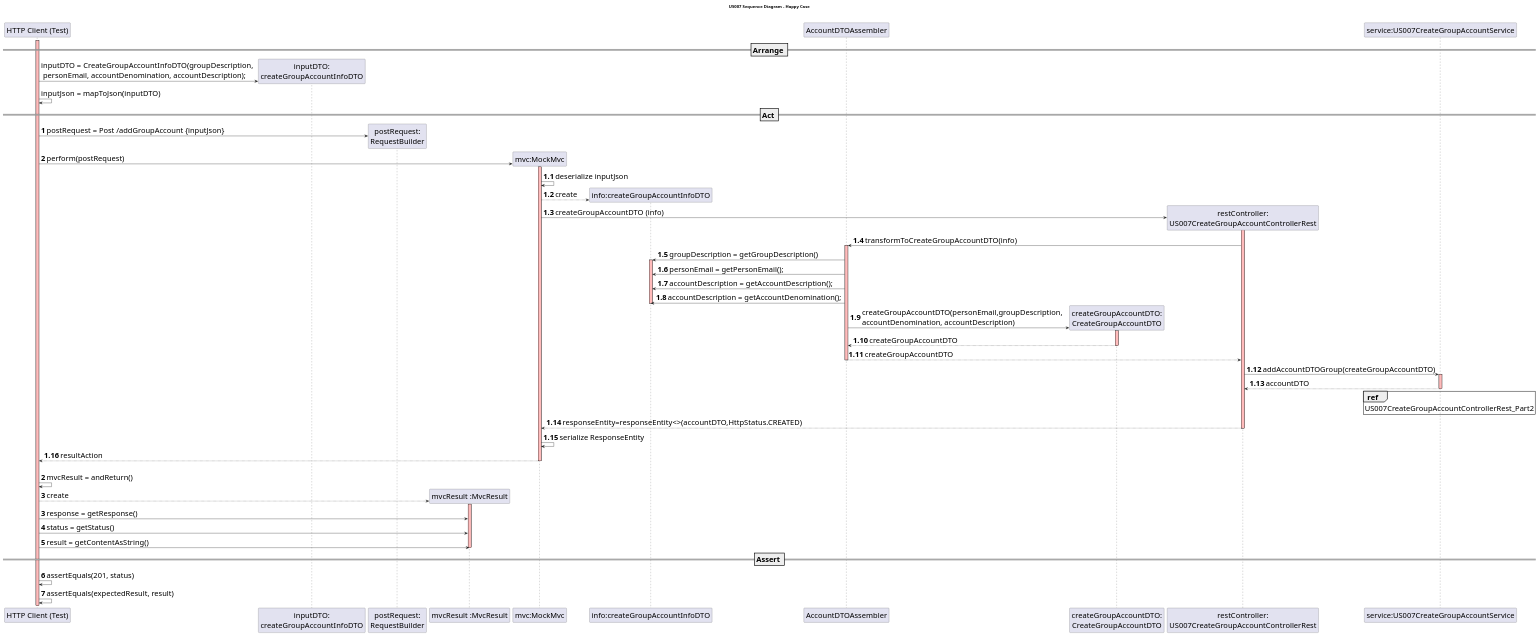
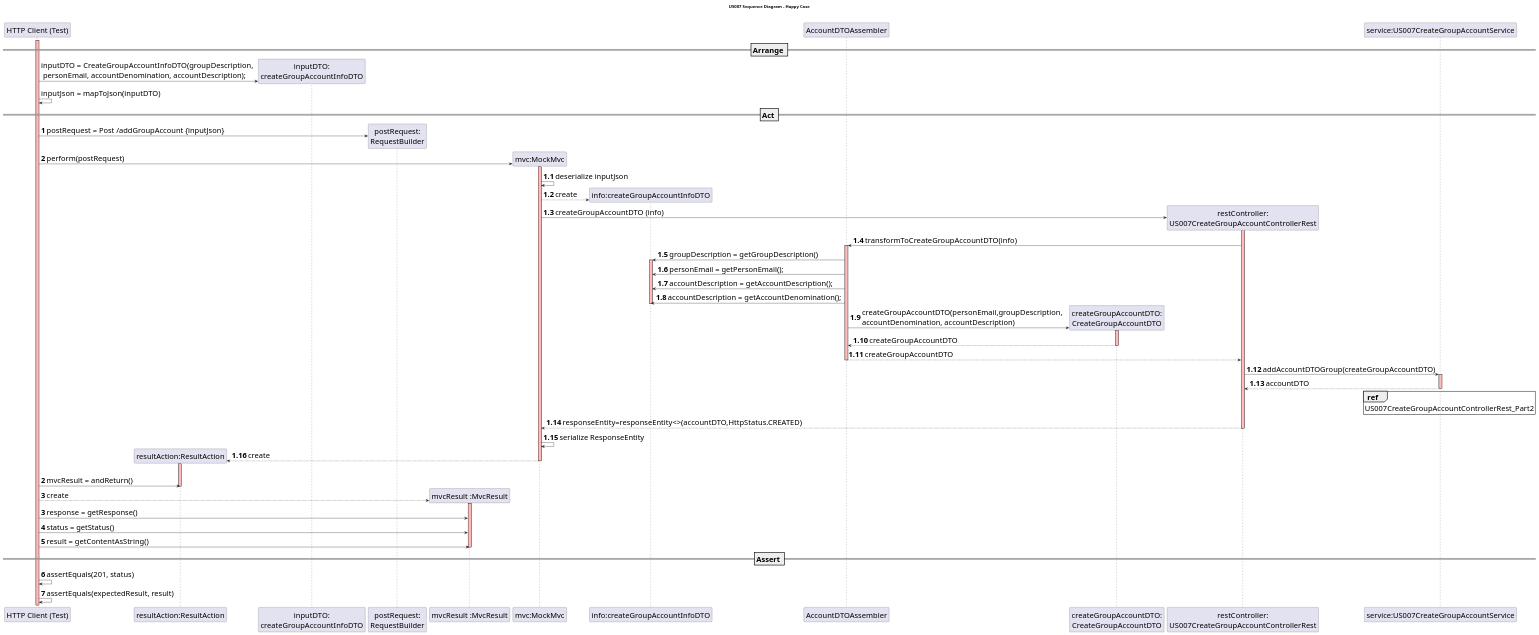
The diagram in src/main/java/switch2019/project/controllerLayer/controllersRest/US007CreateGroupAccountControllerRest_Part1.puml (mleitaoribeiro/DevOpsMaven), drawn with PlantUML before and after one commit.

Commit message:
ref #843 small change in SD 007

```diff
--- a/src/main/java/switch2019/project/controllerLayer/controllersRest/US007CreateGroupAccountControllerRest_Part1.puml
+++ b/src/main/java/switch2019/project/controllerLayer/controllersRest/US007CreateGroupAccountControllerRest_Part1.puml
@@ -1,97 +1,99 @@
 @startuml
 skinparam DefaultFontSize 25
 title US007 Sequence Diagram - Happy Case
 
 participant "HTTP Client (Test)"
+participant "resultAction:ResultAction"
 participant "inputDTO:\ncreateGroupAccountInfoDTO"
 participant "postRequest:\nRequestBuilder"
 participant "mvcResult :MvcResult"
 participant "mvc:MockMvc"
 participant "info:createGroupAccountInfoDTO"
 participant "AccountDTOAssembler"
 participant "createGroupAccountDTO:\nCreateGroupAccountDTO"
 participant "restController:\nUS007CreateGroupAccountControllerRest"
 
 == Arrange ==
 create "inputDTO:\ncreateGroupAccountInfoDTO"
 activate "HTTP Client (Test)" #FFBBBB
 "HTTP Client (Test)" -> "inputDTO:\ncreateGroupAccountInfoDTO": inputDTO = CreateGroupAccountInfoDTO(groupDescription,\n personEmail, accountDenomination, accountDescription);
 "HTTP Client (Test)" -> "HTTP Client (Test)": inputJson = mapToJson(inputDTO)
 
 == Act ==
 autonumber
 create "postRequest:\nRequestBuilder"
 "HTTP Client (Test)" -> "postRequest:\nRequestBuilder" : postRequest = Post /addGroupAccount {inputJson}
 create "mvc:MockMvc"
 "HTTP Client (Test)" -> "mvc:MockMvc" : perform(postRequest)
 activate "mvc:MockMvc"  #FFBBBB
 
 autonumber 1.1
 "mvc:MockMvc" -> "mvc:MockMvc" : deserialize inputJson
 create "info:createGroupAccountInfoDTO"
 "mvc:MockMvc"-->"info:createGroupAccountInfoDTO" :create
 
 create "restController:\nUS007CreateGroupAccountControllerRest"
 "mvc:MockMvc"-> "restController:\nUS007CreateGroupAccountControllerRest": createGroupAccountDTO (info)
 activate "restController:\nUS007CreateGroupAccountControllerRest" #FFBBBB
 
 "restController:\nUS007CreateGroupAccountControllerRest"-> "AccountDTOAssembler":transformToCreateGroupAccountDTO(info)
 activate "AccountDTOAssembler" #FFBBBB
 
 "AccountDTOAssembler" -> "info:createGroupAccountInfoDTO" : groupDescription = getGroupDescription()
 activate "info:createGroupAccountInfoDTO" #FFBBBB
 "AccountDTOAssembler" -> "info:createGroupAccountInfoDTO" : personEmail = getPersonEmail();
 "AccountDTOAssembler" -> "info:createGroupAccountInfoDTO" : accountDescription = getAccountDescription();
 "AccountDTOAssembler" -> "info:createGroupAccountInfoDTO" : accountDescription = getAccountDenomination();
 deactivate "info:createGroupAccountInfoDTO"
 
 create "createGroupAccountDTO:\nCreateGroupAccountDTO"
 "AccountDTOAssembler" -> "createGroupAccountDTO:\nCreateGroupAccountDTO" : createGroupAccountDTO(personEmail,groupDescription, \naccountDenomination, accountDescription)
 activate "createGroupAccountDTO:\nCreateGroupAccountDTO" #FFBBBB
 "createGroupAccountDTO:\nCreateGroupAccountDTO" --> "AccountDTOAssembler": createGroupAccountDTO
 deactivate "createGroupAccountDTO:\nCreateGroupAccountDTO"
 
 "AccountDTOAssembler" --> "restController:\nUS007CreateGroupAccountControllerRest" : createGroupAccountDTO
 deactivate "AccountDTOAssembler"
 
 "restController:\nUS007CreateGroupAccountControllerRest"->"service:US007CreateGroupAccountService": addAccountDTOGroup(createGroupAccountDTO)
 activate "service:US007CreateGroupAccountService" #FFBBBB
 
 "service:US007CreateGroupAccountService" --> "restController:\nUS007CreateGroupAccountControllerRest" : accountDTO
 deactivate "service:US007CreateGroupAccountService" #FFBBBB
 
 ref over "service:US007CreateGroupAccountService": US007CreateGroupAccountControllerRest_Part2
 
 "restController:\nUS007CreateGroupAccountControllerRest"--> "mvc:MockMvc":responseEntity=responseEntity<>(accountDTO,HttpStatus.CREATED)
 deactivate "restController:\nUS007CreateGroupAccountControllerRest"
 
 "mvc:MockMvc" -> "mvc:MockMvc" : serialize ResponseEntity
-
-"HTTP Client (Test)" <-- "mvc:MockMvc" : resultAction
+create "resultAction:ResultAction"
+"resultAction:ResultAction" <-- "mvc:MockMvc" : create
+activate "resultAction:ResultAction" #FFBBBB
 deactivate "mvc:MockMvc"
 
 autonumber 2
 |||
-"HTTP Client (Test)" -> "HTTP Client (Test)" : mvcResult = andReturn()
-
+"HTTP Client (Test)" -> "resultAction:ResultAction" : mvcResult = andReturn()
+deactivate "resultAction:ResultAction"
 create "mvcResult :MvcResult"
 
 "HTTP Client (Test)" --> "mvcResult :MvcResult": create
 activate "mvcResult :MvcResult" #FFBBBB
 
 autonumber 3
 "HTTP Client (Test)" -> "mvcResult :MvcResult" : response = getResponse()
 
 autonumber 4
 "HTTP Client (Test)" -> "mvcResult :MvcResult" : status = getStatus()
 "HTTP Client (Test)" -> "mvcResult :MvcResult" : result = getContentAsString()
 deactivate "mvcResult :MvcResult" #FFBBBB
 
 == Assert ==
 
 "HTTP Client (Test)" -> "HTTP Client (Test)" : assertEquals(201, status)
 "HTTP Client (Test)" -> "HTTP Client (Test)" : assertEquals(expectedResult, result)
 
 deactivate "service:US007CreateGroupAccountService"
 
 @enduml
```
